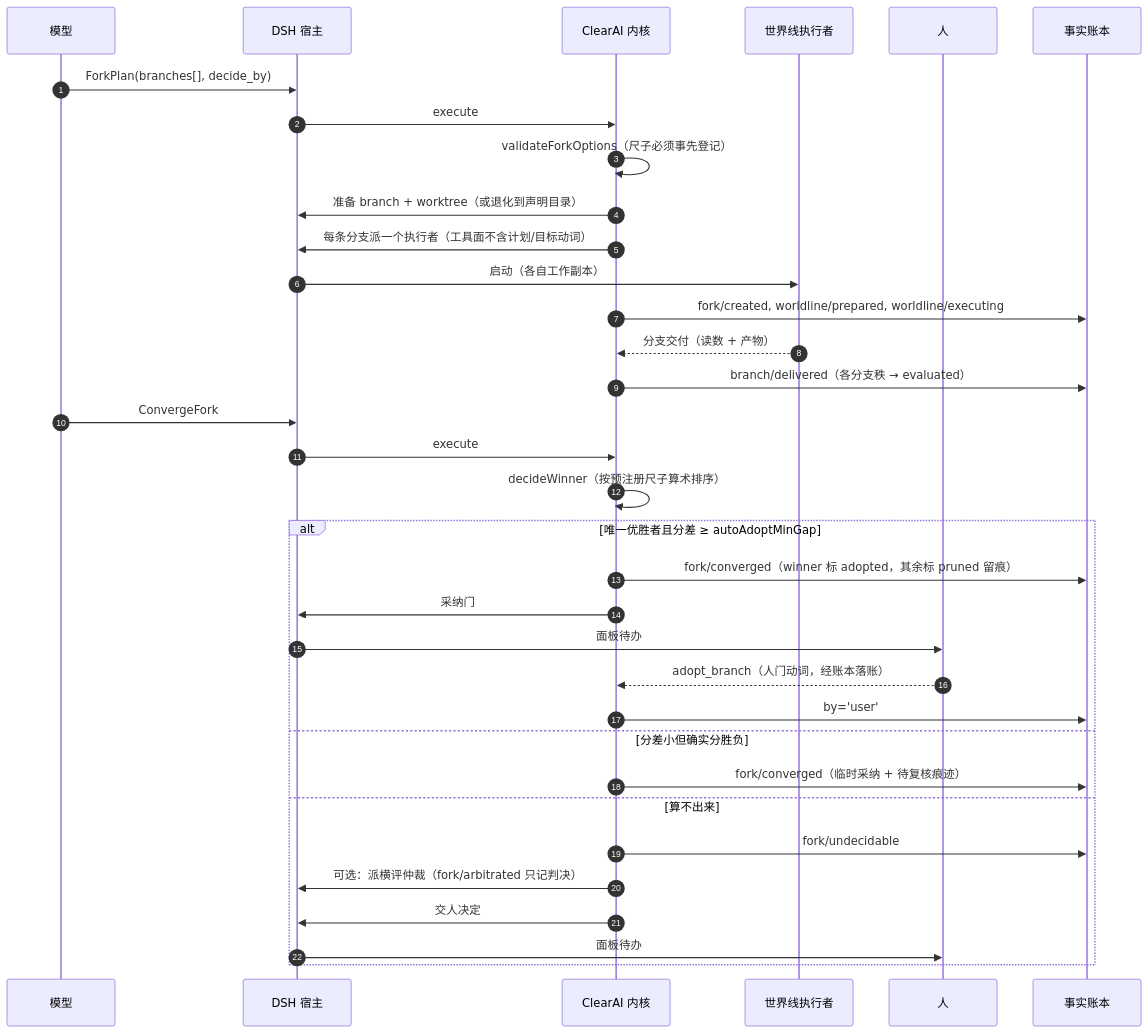
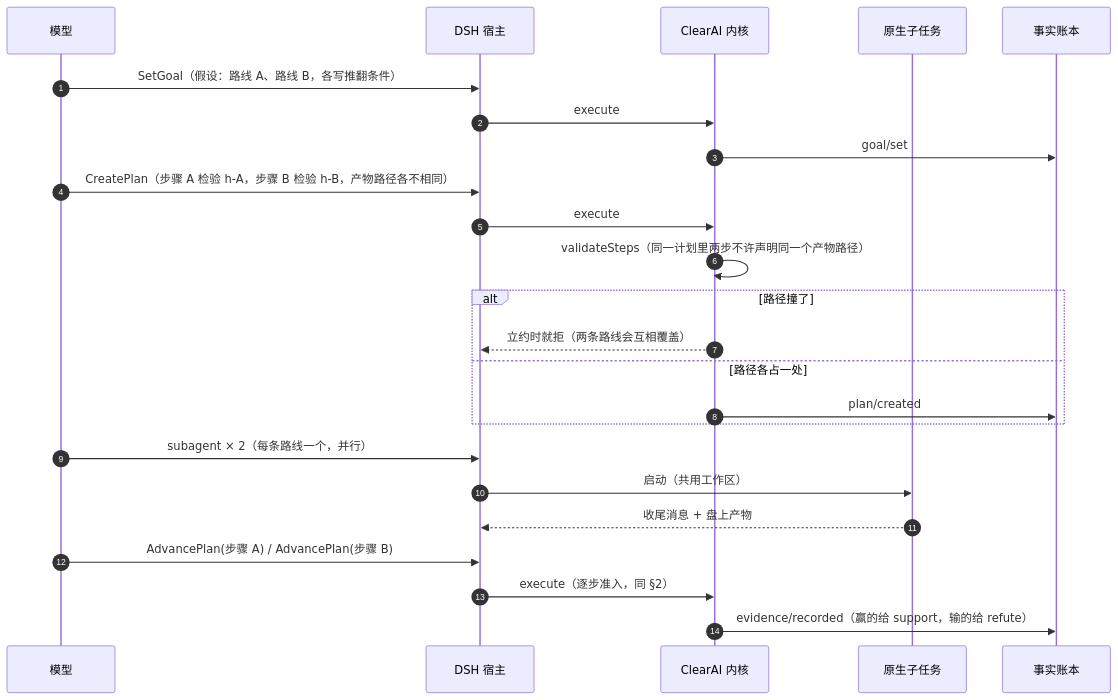
The fifth of 7 diagrams in docs/optimization/timing-diagrams.zh-CN.md (Clearailhc/clearai-dsh), drawn with Mermaid before and after one commit. The commit also changed other lines of this file and 185 other files, not shown here.

````diff
--- a/docs/optimization/timing-diagrams.zh-CN.md
+++ b/docs/optimization/timing-diagrams.zh-CN.md
@@ -180,39 +183,27 @@
 ```mermaid
 sequenceDiagram
     autonumber
     participant M as 模型
     participant D as DSH 宿主
     participant K as ClearAI 内核
-    participant X as 世界线执行者
-    participant H as 人
+    participant S as 原生子任务
     participant L as 事实账本
 
-    M->>D: ForkPlan(branches[], decide_by)
+    M->>D: SetGoal（假设：路线 A、路线 B，各写推翻条件）
     D->>K: execute
-    K->>K: validateForkOptions（尺子必须事先登记）
-    K->>D: 准备 branch + worktree（或退化到声明目录）
-    K->>D: 每条分支派一个执行者（工具面不含计划/目标动词）
-    D->>X: 启动（各自工作副本）
-    K->>L: fork/created, worldline/prepared, worldline/executing
-
-    X-->>K: 分支交付（读数 + 产物）
-    K->>L: branch/delivered（各分支秩 → evaluated）
-
-    M->>D: ConvergeFork
+    K->>L: goal/set
+    M->>D: CreatePlan（步骤 A 检验 h-A，步骤 B 检验 h-B，产物路径各不相同）
     D->>K: execute
-    K->>K: decideWinner（按预注册尺子算术排序）
-    alt 唯一优胜者且分差 ≥ autoAdoptMinGap
-        K->>L: fork/converged（winner 标 adopted，其余标 pruned 留痕）
-        K->>D: 采纳门
-        D->>H: 面板待办
-        H-->>K: adopt_branch（人门动词，经账本落账）
-        K->>L: by='user'
-    else 分差小但确实分胜负
-        K->>L: fork/converged（临时采纳 + 待复核痕迹）
-    else 算不出来
-        K->>L: fork/undecidable
-        K->>D: 可选：派横评仲裁（fork/arbitrated 只记判决）
-        K->>D: 交人决定
-        D->>H: 面板待办
+    K->>K: validateSteps（同一计划里两步不许声明同一个产物路径）
+    alt 路径撞了
+        K-->>D: 立约时就拒（两条路线会互相覆盖）
+    else 路径各占一处
+        K->>L: plan/created
     end
+    M->>D: subagent × 2（每条路线一个，并行）
+    D->>S: 启动（共用工作区）
+    S-->>D: 收尾消息 + 盘上产物
+    M->>D: AdvancePlan(步骤 A) / AdvancePlan(步骤 B)
+    D->>K: execute（逐步准入，同 §2）
+    K->>L: evidence/recorded（赢的给 support，输的给 refute）
 ```
````
